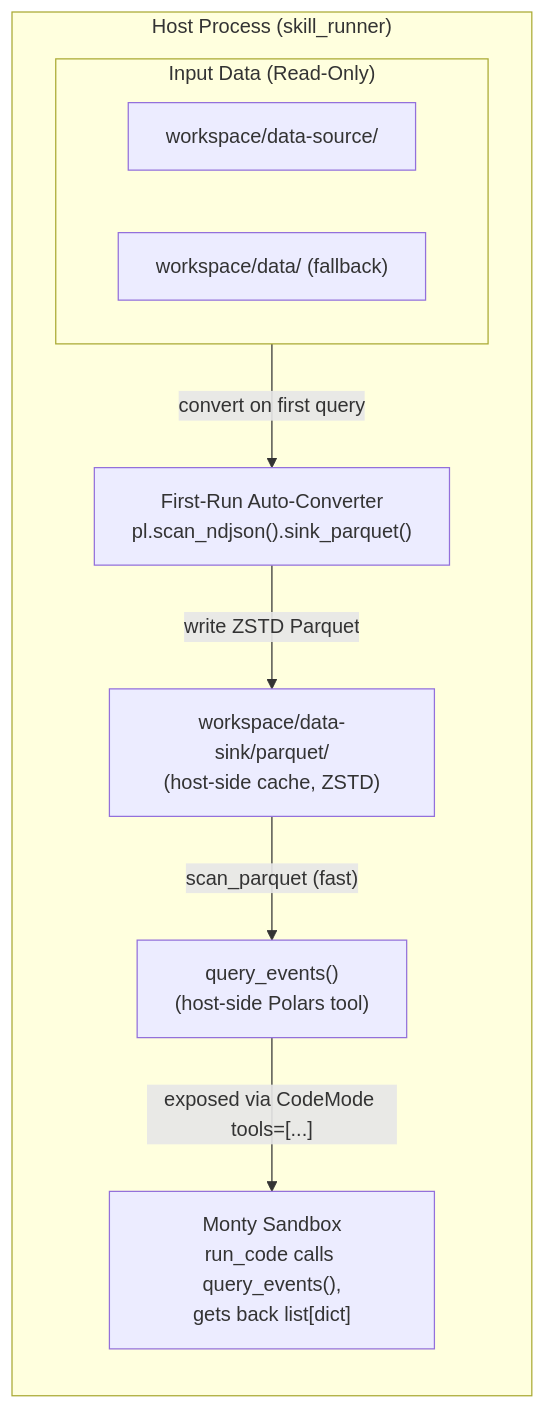
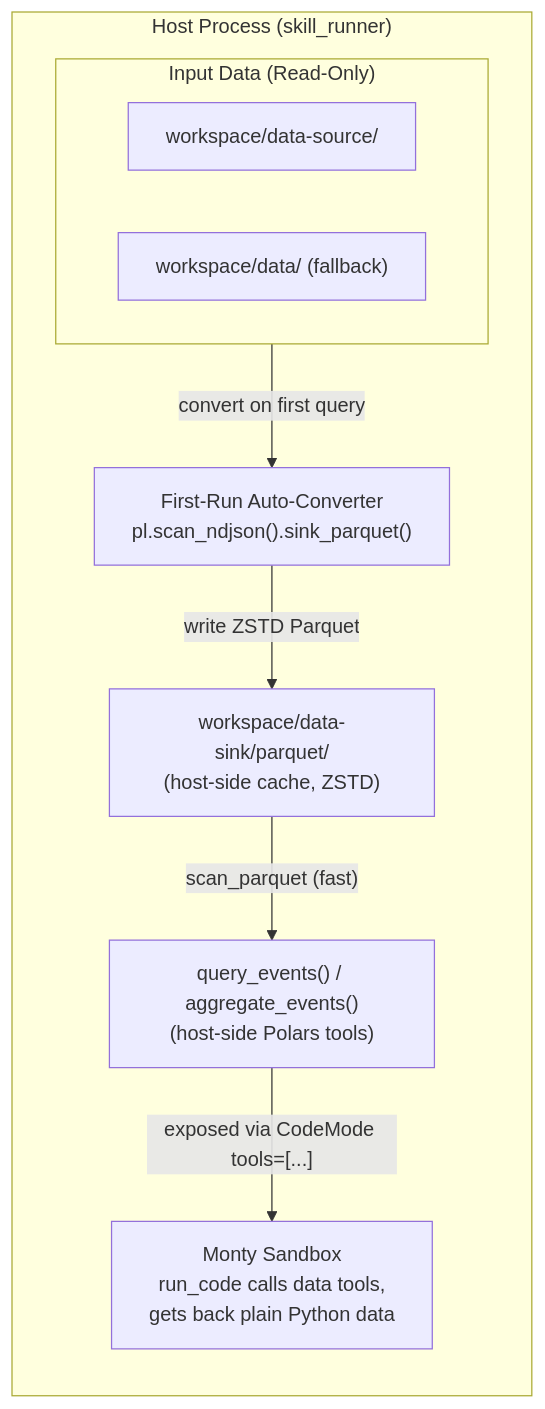
Before and after one commit to mdfranz/pydantic-security-skills: the diagram in DATA_SOURCE_SINK_PLAN.md, drawn with Mermaid. The commit also changed other lines of this file, not shown here.

Commit message:
docs: harden data source sink plan

````diff
--- a/DATA_SOURCE_SINK_PLAN.md
+++ b/DATA_SOURCE_SINK_PLAN.md
@@ -13,20 +14,20 @@
 ```mermaid
 flowchart LR
     subgraph Host ["Host Process (skill_runner)"]
         subgraph Source ["Input Data (Read-Only)"]
             DS1["workspace/data-source/"]
             DS2["workspace/data/ (fallback)"]
         end
 
         SinkParquet["workspace/data-sink/parquet/<br>(host-side cache, ZSTD)"]
 
         AutoConvert["First-Run Auto-Converter<br>pl.scan_ndjson().sink_parquet()"]
-        Tool["query_events()<br>(host-side Polars tool)"]
-        Monty["Monty Sandbox<br>run_code calls query_events(),<br>gets back list[dict]"]
+        Tool["query_events() / aggregate_events()<br>(host-side Polars tools)"]
+        Monty["Monty Sandbox<br>run_code calls data tools,<br>gets back plain Python data"]
 
         Source -- "convert on first query" --> AutoConvert
         AutoConvert -- "write ZSTD Parquet" --> SinkParquet
         SinkParquet -- "scan_parquet (fast)" --> Tool
         Tool -- "exposed via CodeMode tools=[...]" --> Monty
     end
 ```
````
